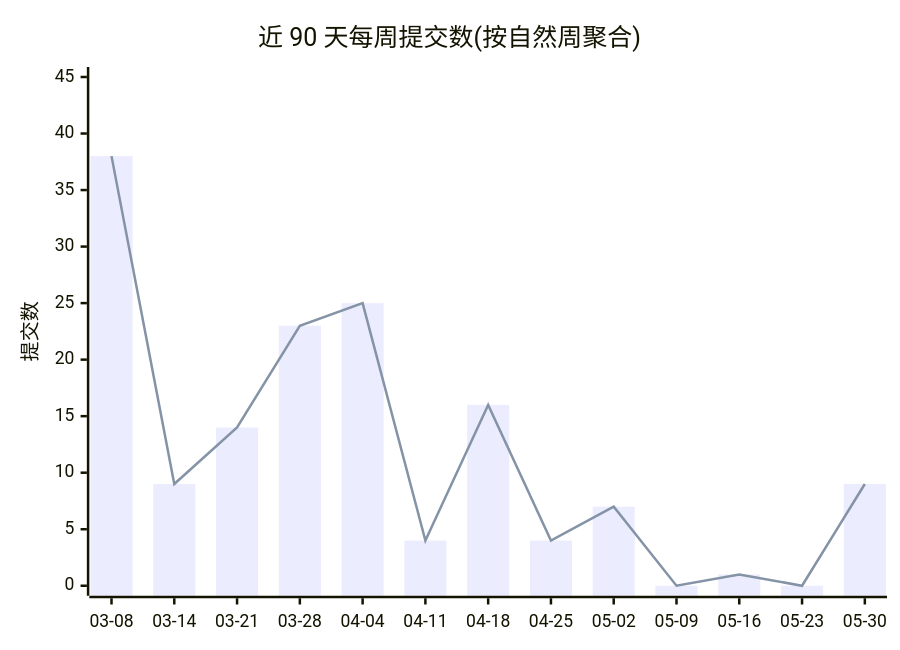
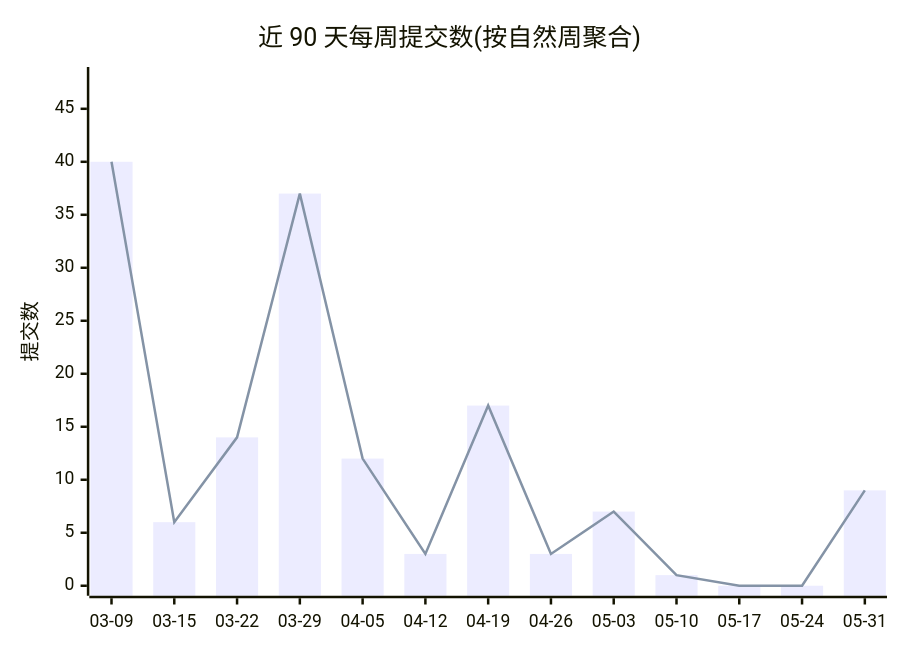
The first of 2 diagrams in profile/README.md (Conflux-Union/.github), drawn with Mermaid before and after one commit. The commit also changed other lines of this file and 1 other file, not shown here.

Commit message:
chore(stats): refresh org commit stats

````diff
--- a/profile/README.md
+++ b/profile/README.md
@@ -44,8 +44,8 @@
 ```mermaid
 xychart-beta
     title "近 90 天每周提交数(按自然周聚合)"
-    x-axis ["03-08", "03-14", "03-21", "03-28", "04-04", "04-11", "04-18", "04-25", "05-02", "05-09", "05-16", "05-23", "05-30"]
-    y-axis "提交数" 0 --> 45
-    bar [38, 9, 14, 23, 25, 4, 16, 4, 7, 0, 1, 0, 9]
-    line [38, 9, 14, 23, 25, 4, 16, 4, 7, 0, 1, 0, 9]
+    x-axis ["03-09", "03-15", "03-22", "03-29", "04-05", "04-12", "04-19", "04-26", "05-03", "05-10", "05-17", "05-24", "05-31"]
+    y-axis "提交数" 0 --> 48
+    bar [40, 6, 14, 37, 12, 3, 17, 3, 7, 1, 0, 0, 9]
+    line [40, 6, 14, 37, 12, 3, 17, 3, 7, 1, 0, 0, 9]
 ```
````
